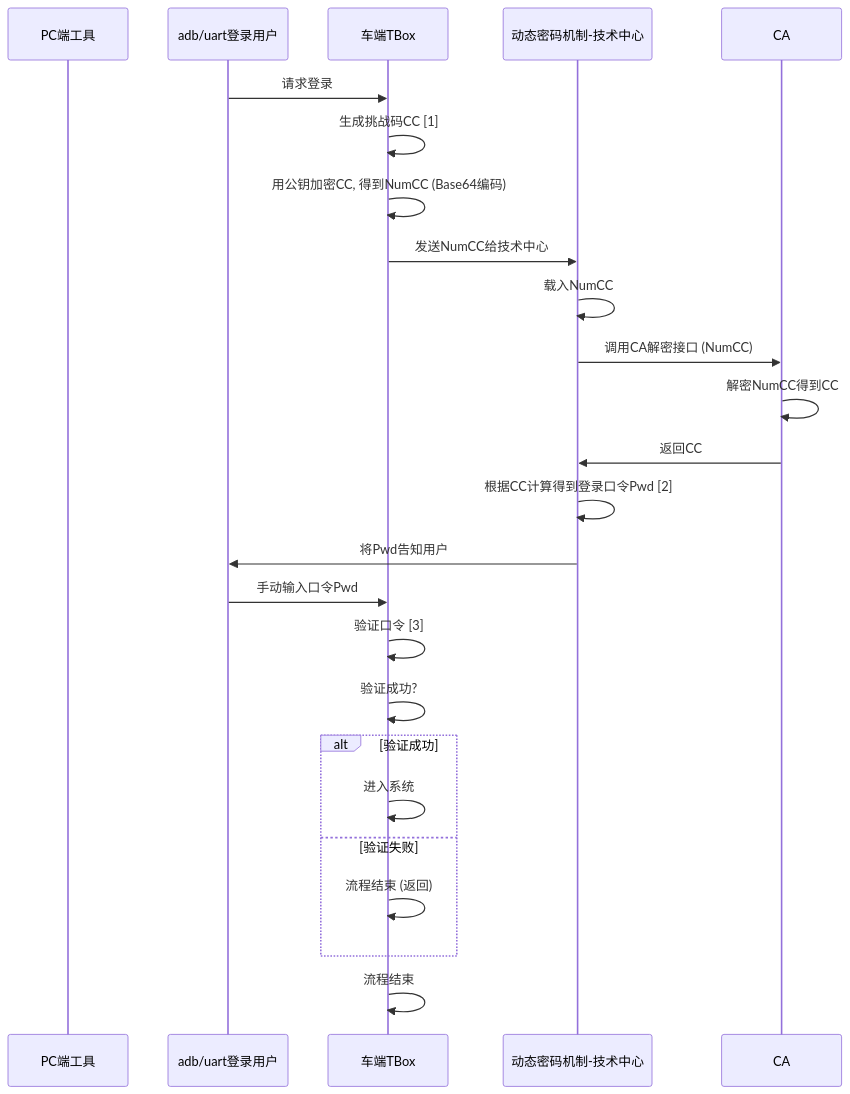
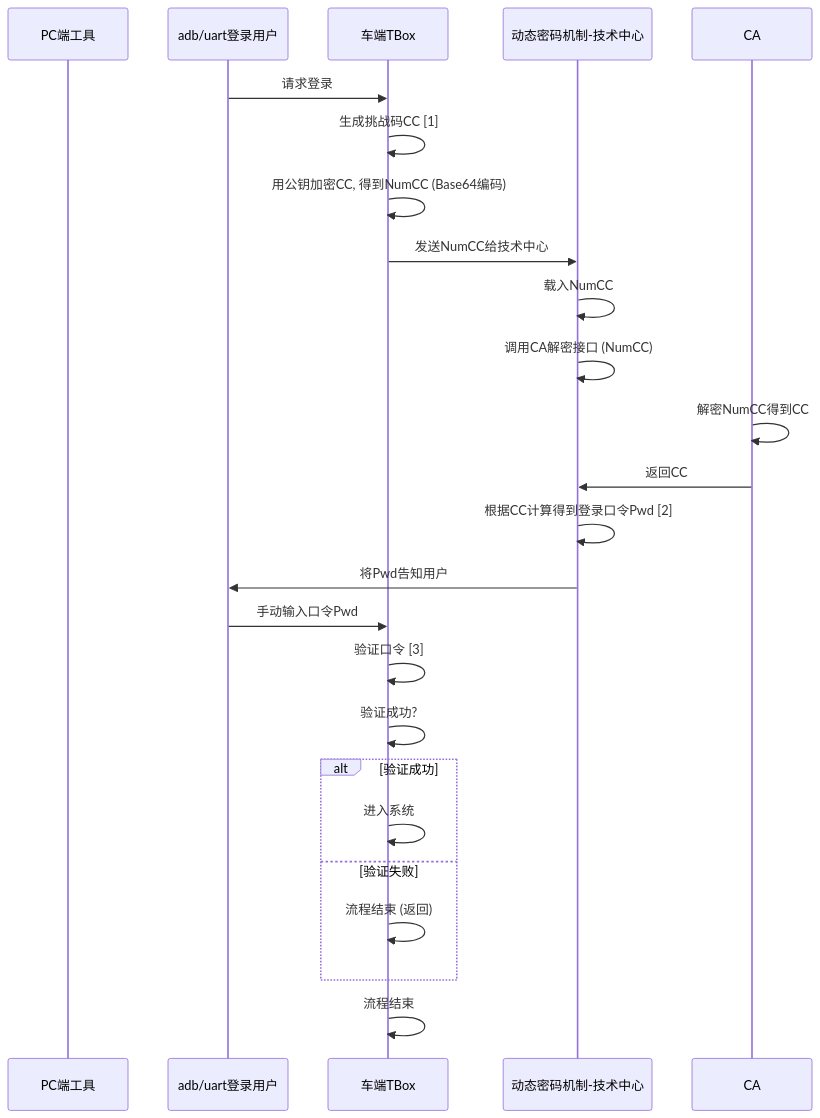
The diagram in all/未命名-13.md (facebook-cloud/iodraw-files), drawn with Mermaid before and after one commit.

Commit message:
2026-01-26 18:15:53 update

````diff
--- a/all/未命名-13.md
+++ b/all/未命名-13.md
@@ -1,29 +1,29 @@
 ```mermaid
 sequenceDiagram
     participant pc as PC端工具
     participant user as adb/uart登录用户
     participant tbox as 车端TBox
     participant tech_center as 动态密码机制-技术中心
     participant ca as CA
 
     user->>tbox: 请求登录
     tbox->>tbox: 生成挑战码CC [1]
     tbox->>tbox: 用公钥加密CC, 得到NumCC (Base64编码)
     tbox->>tech_center: 发送NumCC给技术中心
     tech_center->>tech_center: 载入NumCC
-    tech_center->>ca: 调用CA解密接口 (NumCC)
+    tech_center->>tech_center: 调用CA解密接口 (NumCC)
     ca->>ca: 解密NumCC得到CC
     ca->>tech_center: 返回CC
     tech_center->>tech_center: 根据CC计算得到登录口令Pwd [2]
     tech_center->>user: 将Pwd告知用户
     user->>tbox: 手动输入口令Pwd
     tbox->>tbox: 验证口令 [3]
     tbox->>tbox: 验证成功?
     alt 验证成功
         tbox->>tbox: 进入系统
     else 验证失败
         tbox->>tbox: 流程结束 (返回)
     end
     tbox->>tbox: 流程结束
 
 ```
````
